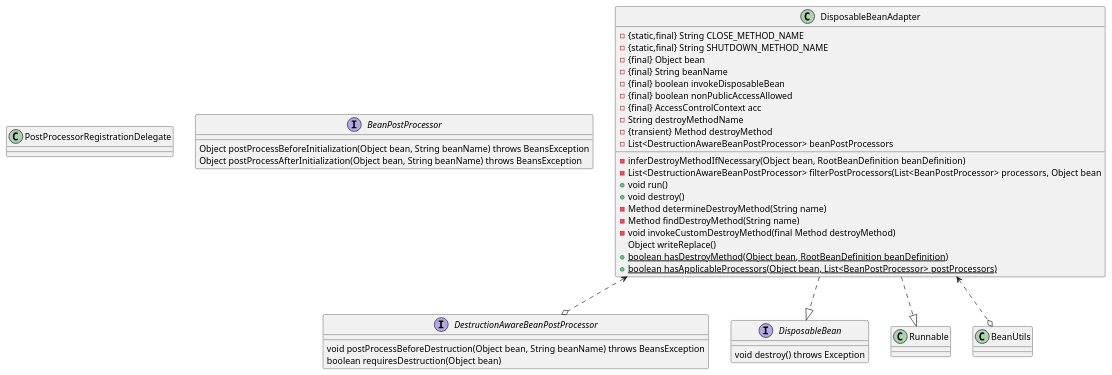
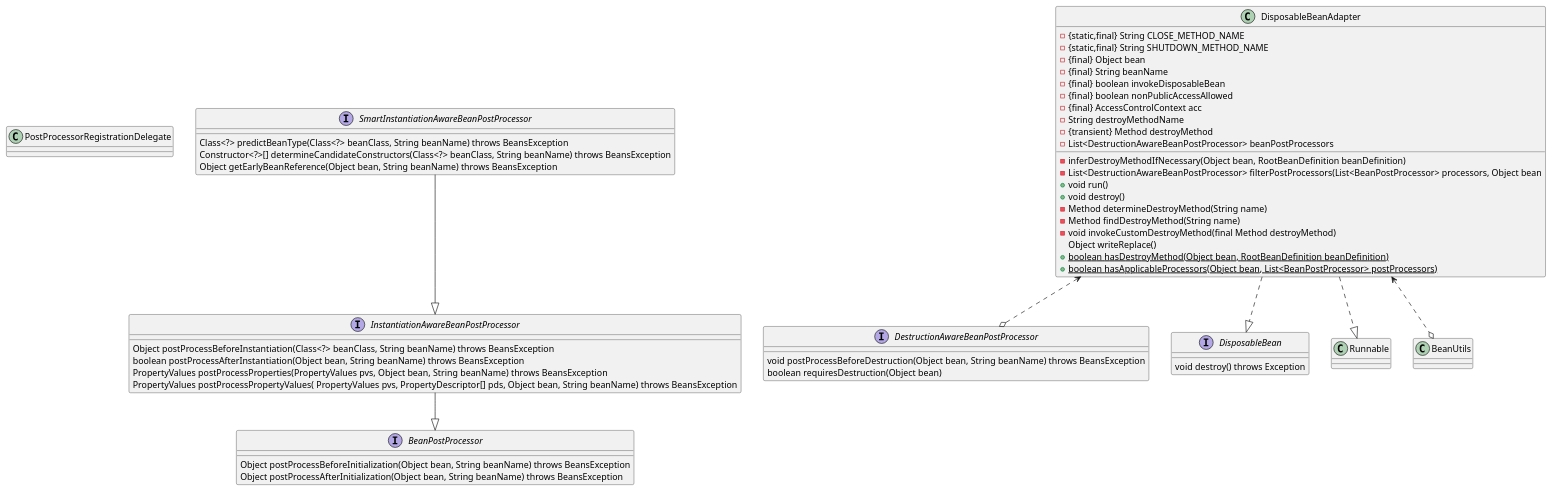
The diagram in src/main/java/cn/BeanPostProcessor.puml (zou2561789/springuml), drawn with PlantUML before and after one commit. The commit also changed 20 other files, not shown here.

```diff
--- a/src/main/java/cn/BeanPostProcessor.puml
+++ b/src/main/java/cn/BeanPostProcessor.puml
@@ -1,43 +1,55 @@
 @startuml
 class PostProcessorRegistrationDelegate{
 }
 interface BeanPostProcessor{
      Object postProcessBeforeInitialization(Object bean, String beanName) throws BeansException
      Object postProcessAfterInitialization(Object bean, String beanName) throws BeansException
 }
 interface DestructionAwareBeanPostProcessor{
      void postProcessBeforeDestruction(Object bean, String beanName) throws BeansException
-      boolean requiresDestruction(Object bean)
+     boolean requiresDestruction(Object bean)
+}
+interface SmartInstantiationAwareBeanPostProcessor{
+     Class<?> predictBeanType(Class<?> beanClass, String beanName) throws BeansException
+     Constructor<?>[] determineCandidateConstructors(Class<?> beanClass, String beanName) throws BeansException
+     Object getEarlyBeanReference(Object bean, String beanName) throws BeansException
+}
+interface InstantiationAwareBeanPostProcessor{
+    Object postProcessBeforeInstantiation(Class<?> beanClass, String beanName) throws BeansException
+    boolean postProcessAfterInstantiation(Object bean, String beanName) throws BeansException
+    PropertyValues postProcessProperties(PropertyValues pvs, Object bean, String beanName) throws BeansException
+    PropertyValues postProcessPropertyValues( PropertyValues pvs, PropertyDescriptor[] pds, Object bean, String beanName) throws BeansException
 }
 class DisposableBeanAdapter{
    - {static,final} String CLOSE_METHOD_NAME
    - {static,final} String SHUTDOWN_METHOD_NAME
    - {final} Object bean
    - {final} String beanName
    - {final} boolean invokeDisposableBean
    - {final} boolean nonPublicAccessAllowed
    - {final} AccessControlContext acc
    - String destroyMethodName
    - {transient} Method destroyMethod
    - List<DestructionAwareBeanPostProcessor> beanPostProcessors
    - inferDestroyMethodIfNecessary(Object bean, RootBeanDefinition beanDefinition)
    - List<DestructionAwareBeanPostProcessor> filterPostProcessors(List<BeanPostProcessor> processors, Object bean
    + void run()
    + void destroy()
    - Method determineDestroyMethod(String name)
    - Method findDestroyMethod(String name)
    - void invokeCustomDestroyMethod(final Method destroyMethod)
      Object writeReplace()
    + {static} boolean hasDestroyMethod(Object bean, RootBeanDefinition beanDefinition)
    + {static} boolean hasApplicableProcessors(Object bean, List<BeanPostProcessor> postProcessors)
 }
 interface DisposableBean{
     void destroy() throws Exception
 }
 
 DisposableBeanAdapter ..|>DisposableBean
 DisposableBeanAdapter ..|>Runnable
 DisposableBeanAdapter <..o BeanUtils
 DisposableBeanAdapter <..o DestructionAwareBeanPostProcessor
-
+SmartInstantiationAwareBeanPostProcessor --|>InstantiationAwareBeanPostProcessor
+InstantiationAwareBeanPostProcessor --|>BeanPostProcessor
 @enduml
```
